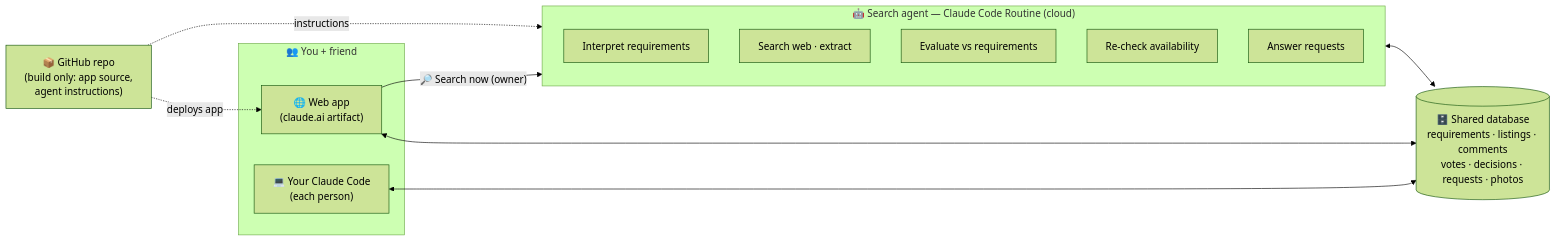
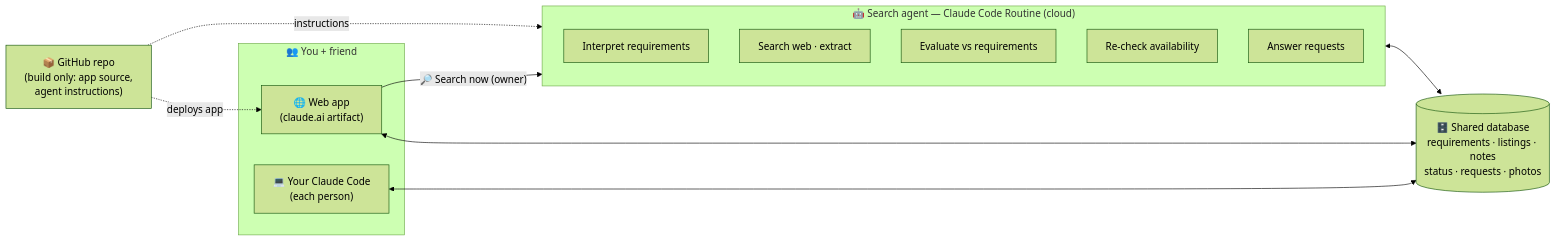
The diagram in SYSTEM.md (ddfzhh/z16f_find_houses), drawn with Mermaid (forest theme) before and after one commit. The commit also changed other lines of this file and 1 other file, not shown here.

First line of the commit message:
Replace comment threads with per-person notes on each house

````diff
--- a/SYSTEM.md
+++ b/SYSTEM.md
@@ -51,26 +54,26 @@
 ```mermaid
 flowchart LR
   subgraph People["👥 You + friend"]
     UI["🌐 Web app<br/>(claude.ai artifact)"]
     CC["💻 Your Claude Code<br/>(each person)"]
   end
 
-  DB[("🗄️ Shared database<br/>requirements · listings · comments<br/>votes · decisions · requests · photos")]
+  DB[("🗄️ Shared database<br/>requirements · listings · notes<br/>status · requests · photos")]
 
   subgraph Agent["🤖 Search agent — Claude Code Routine (cloud)"]
     A1[Interpret requirements]
     A2[Search web · extract]
     A3[Evaluate vs requirements]
     A4[Re-check availability]
     A5[Answer requests]
   end
 
   GH["📦 GitHub repo<br/>(build only: app source,<br/>agent instructions)"]
 
   UI <--> DB
   CC <--> DB
   Agent <--> DB
   GH -. deploys app .-> UI
   GH -. instructions .-> Agent
   UI -- "🔎 Search now (owner)" --> Agent
 ```
````
